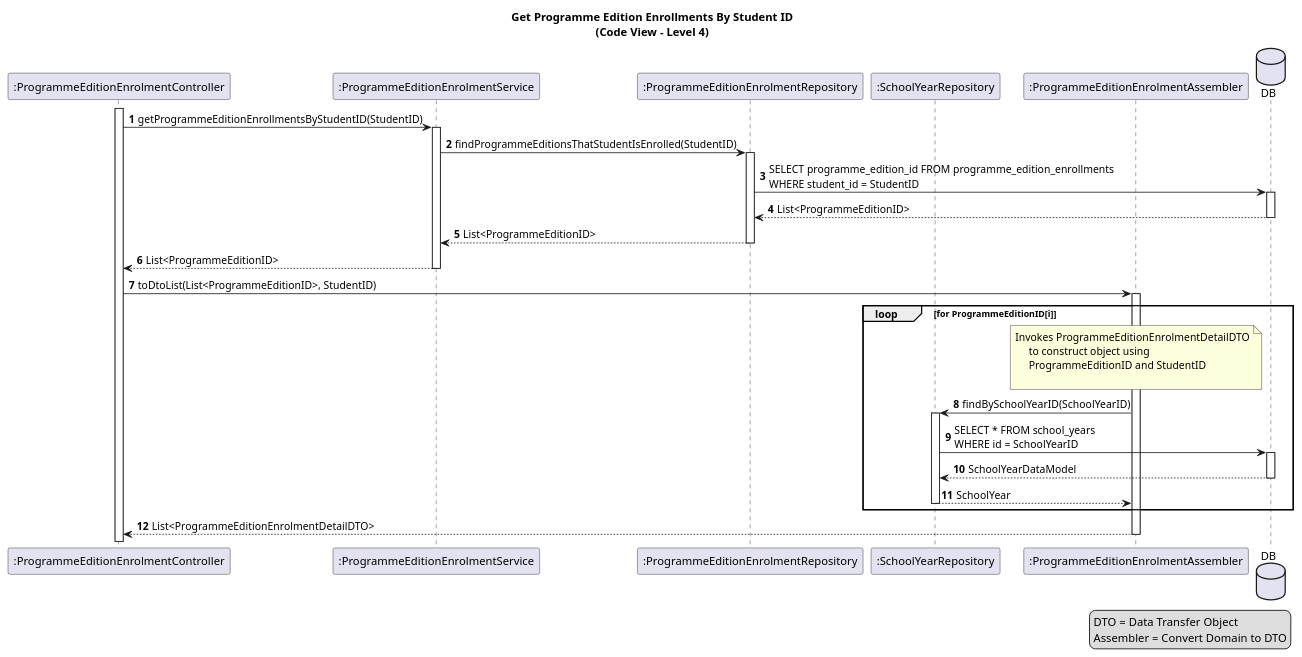
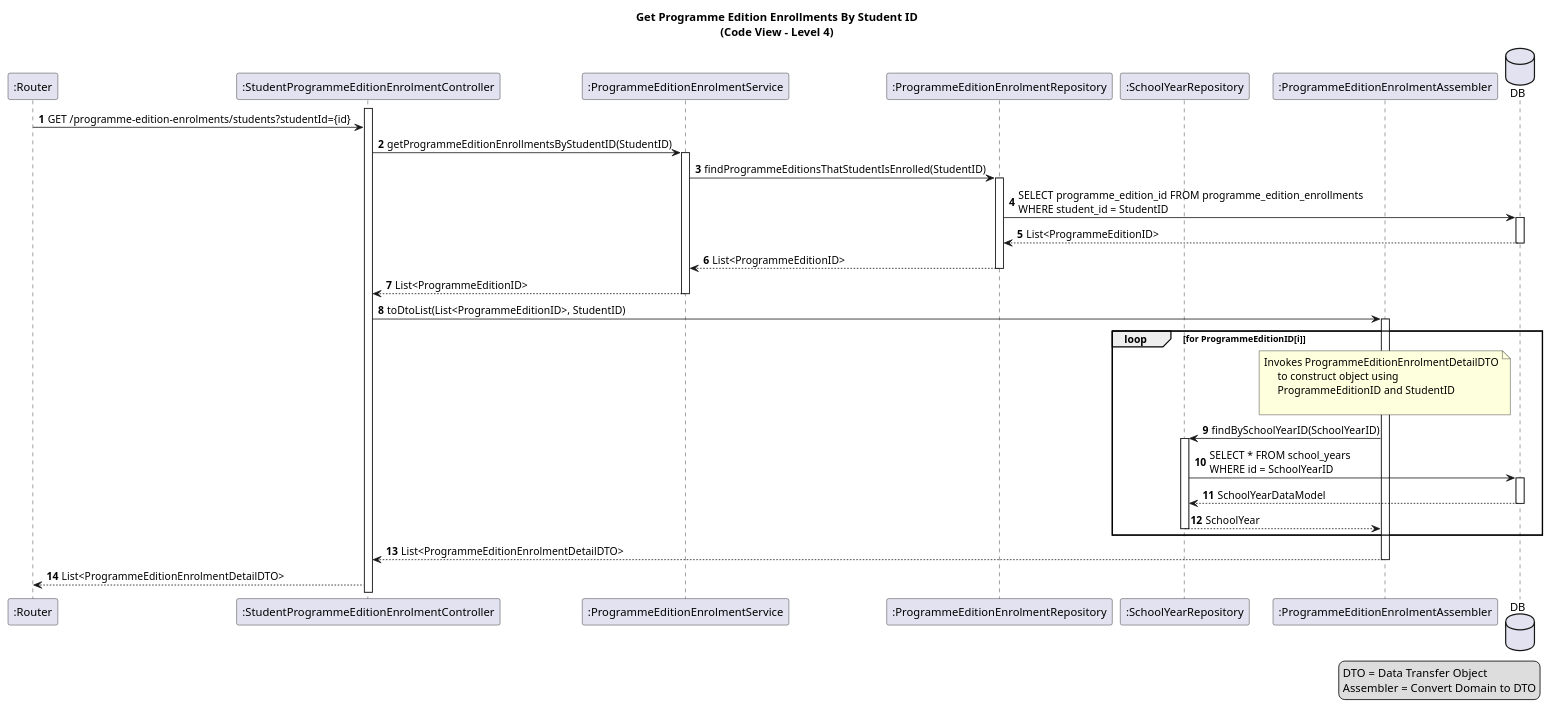
Before and after one commit to GasparISEP/DevOps-PAI: the diagram in docs/US16/sprint6_RestController/process_view/references/GetProgrammeEditionsByStudentId.puml, drawn with PlantUML. The commit also changed 6 other files, not shown here.

Commit message:
refactor: update sequence diagrams for student enrollment process. Change terminology for clarity, adjust HTTP request paths, and enhance visual consistency across diagrams. Remove obsolete Level 6 diagram. refs #589 #500

```diff
--- a/docs/US16/sprint6_RestController/process_view/references/GetProgrammeEditionsByStudentId.puml
+++ b/docs/US16/sprint6_RestController/process_view/references/GetProgrammeEditionsByStudentId.puml
@@ -1,44 +1,47 @@
 @startuml
 title: Get Programme Edition Enrollments By Student ID\n(Code View - Level 4)
 
 autonumber
 
-participant ":ProgrammeEditionEnrolmentController" as peeCtrl
+participant ":Router" as router
+participant ":StudentProgrammeEditionEnrolmentController" as peeCtrl
 activate peeCtrl
 participant ":ProgrammeEditionEnrolmentService" as peeService
 participant ":ProgrammeEditionEnrolmentRepository" as peeRepo
 participant ":SchoolYearRepository" as syRepo
 participant ":ProgrammeEditionEnrolmentAssembler" as peeAssembler
 database DB
 
+router -> peeCtrl: GET /programme-edition-enrolments/students?studentId={id}
 peeCtrl -> peeService ++: getProgrammeEditionEnrollmentsByStudentID(StudentID)
 peeService -> peeRepo ++: findProgrammeEditionsThatStudentIsEnrolled(StudentID)
 peeRepo -> DB ++: SELECT programme_edition_id FROM programme_edition_enrollments\nWHERE student_id = StudentID
 DB --> peeRepo --: List<ProgrammeEditionID>
 
 peeRepo --> peeService --: List<ProgrammeEditionID>
 peeService --> peeCtrl --: List<ProgrammeEditionID>
 
 peeCtrl -> peeAssembler ++: toDtoList(List<ProgrammeEditionID>, StudentID)
 
 loop for ProgrammeEditionID[i]
     note over of peeAssembler
         Invokes ProgrammeEditionEnrolmentDetailDTO
              to construct object using
              ProgrammeEditionID and StudentID
             
     end note
     
     peeAssembler -> syRepo ++: findBySchoolYearID(SchoolYearID)
     syRepo -> DB ++: SELECT * FROM school_years\nWHERE id = SchoolYearID
     DB --> syRepo --: SchoolYearDataModel
     syRepo --> peeAssembler --: SchoolYear
 end
 peeAssembler --> peeCtrl --: List<ProgrammeEditionEnrolmentDetailDTO>
+peeCtrl --> router: List<ProgrammeEditionEnrolmentDetailDTO>
 
 legend right
   DTO = Data Transfer Object
   Assembler = Convert Domain to DTO
 end legend
 
 @enduml 
```
